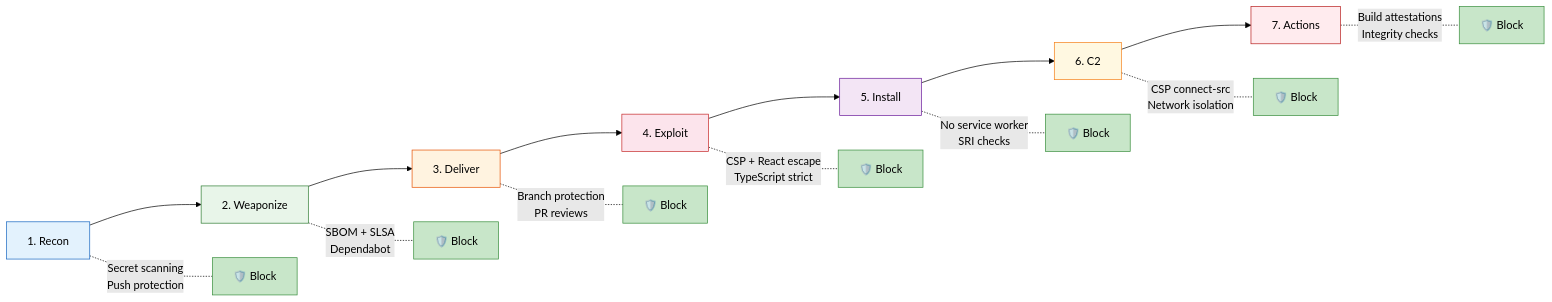
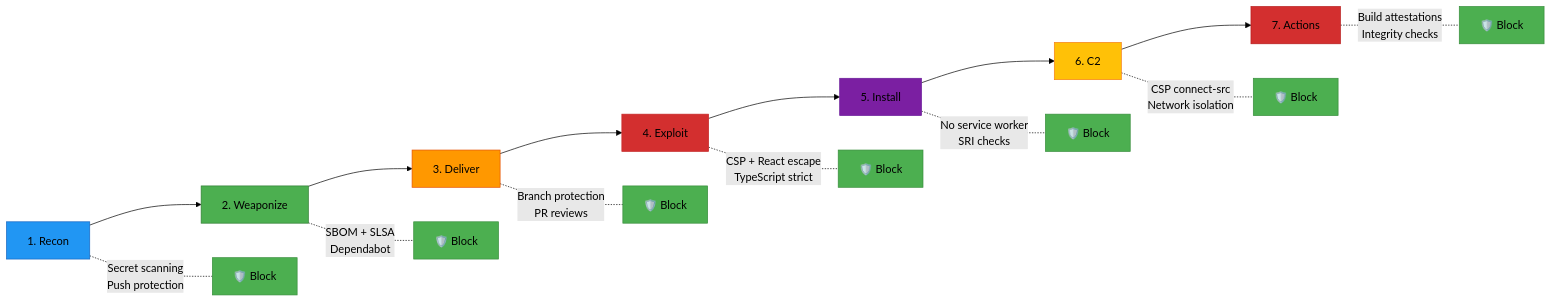
One commit to step-security-bot/cia-compliance-manager changed the fourth of 15 diagrams in docs/architecture/THREAT_MODEL.md. Above: the diagram before and after it, drawn with Mermaid (forest theme). The commit also changed other lines of this file and 27 other files, not shown here.

First line of the commit message:
fix: resolve broken mermaid diagrams and improve color coding to match ISMS style guide (#1106)

````diff
--- a/docs/architecture/THREAT_MODEL.md
+++ b/docs/architecture/THREAT_MODEL.md
@@ -338,27 +305,27 @@
 ```mermaid
 flowchart LR
     R[1. Recon] --> W[2. Weaponize] --> D[3. Deliver] --> E[4. Exploit] --> I[5. Install] --> C[6. C2] --> A[7. Actions]
 
     R -.-|Secret scanning<br/>Push protection| B1[🛡️ Block]
     W -.-|SBOM + SLSA<br/>Dependabot| B2[🛡️ Block]
     D -.-|Branch protection<br/>PR reviews| B3[🛡️ Block]
     E -.-|CSP + React escape<br/>TypeScript strict| B4[🛡️ Block]
     I -.-|No service worker<br/>SRI checks| B5[🛡️ Block]
     C -.-|CSP connect-src<br/>Network isolation| B6[🛡️ Block]
     A -.-|Build attestations<br/>Integrity checks| B7[🛡️ Block]
 
-    style R fill:#e3f2fd,stroke:#1565c0
-    style W fill:#e8f5e9,stroke:#2e7d32
-    style D fill:#fff3e0,stroke:#e65100
-    style E fill:#fce4ec,stroke:#c62828
-    style I fill:#f3e5f5,stroke:#6a1b9a
-    style C fill:#fff8e1,stroke:#f57f17
-    style A fill:#ffebee,stroke:#b71c1c
-    style B1 fill:#c8e6c9,stroke:#388e3c
-    style B2 fill:#c8e6c9,stroke:#388e3c
-    style B3 fill:#c8e6c9,stroke:#388e3c
-    style B4 fill:#c8e6c9,stroke:#388e3c
-    style B5 fill:#c8e6c9,stroke:#388e3c
-    style B6 fill:#c8e6c9,stroke:#388e3c
-    style B7 fill:#c8e6c9,stroke:#388e3c
+    style R fill:#2196F3,stroke:#1565c0
+    style W fill:#4CAF50,stroke:#2e7d32
+    style D fill:#FF9800,stroke:#e65100
+    style E fill:#D32F2F,stroke:#c62828
+    style I fill:#7B1FA2,stroke:#6a1b9a
+    style C fill:#FFC107,stroke:#f57f17
+    style A fill:#D32F2F,stroke:#b71c1c
+    style B1 fill:#4CAF50,stroke:#388e3c
+    style B2 fill:#4CAF50,stroke:#388e3c
+    style B3 fill:#4CAF50,stroke:#388e3c
+    style B4 fill:#4CAF50,stroke:#388e3c
+    style B5 fill:#4CAF50,stroke:#388e3c
+    style B6 fill:#4CAF50,stroke:#388e3c
+    style B7 fill:#4CAF50,stroke:#388e3c
 ```
````
